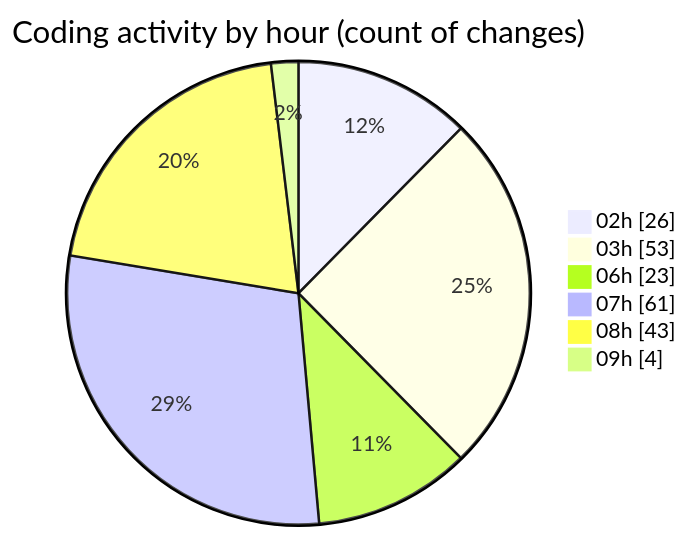
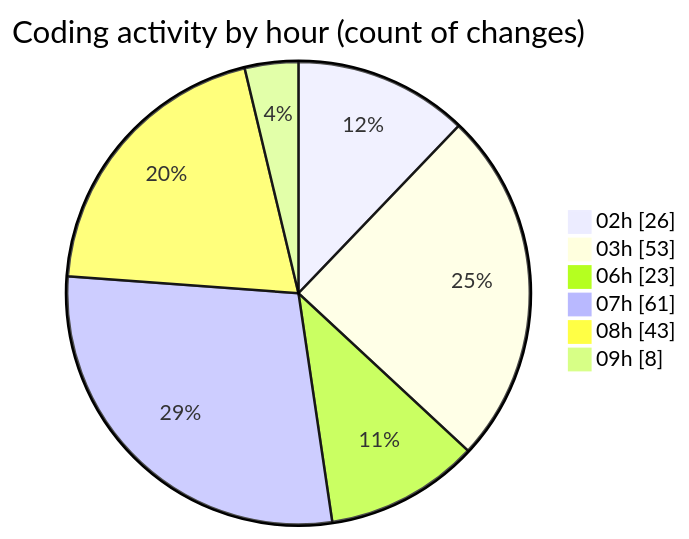
The second of 2 diagrams in 2025-02-22/micros/README.md (charlie-sans/code-tracking), drawn with Mermaid before and after one commit. The commit also changed other lines of this file and 1 other file, not shown here.

````diff
--- a/2025-02-22/micros/README.md
+++ b/2025-02-22/micros/README.md
@@ -74,10 +74,10 @@
 ```mermaid
 pie showData
 title Coding activity by hour (count of changes)
 "02h" : 26
 "03h" : 53
 "06h" : 23
 "07h" : 61
 "08h" : 43
-"09h" : 4
+"09h" : 8
 ```
````
